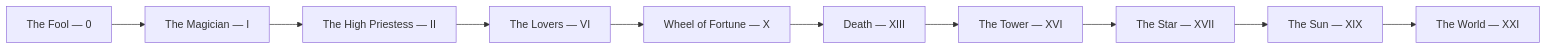
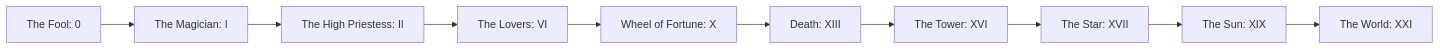
One commit to kennethreitz/kennethreitz.org changed the diagram in data/knowledge/tarot/major-arcana/index.md. Above: the diagram before and after it, drawn with Mermaid. The commit also changed other lines of this file and 879 other files, not shown here.

````diff
--- a/data/knowledge/tarot/major-arcana/index.md
+++ b/data/knowledge/tarot/major-arcana/index.md
@@ -39,12 +39,12 @@
 ```mermaid
 flowchart LR
-    F["The Fool — 0"] --> M["The Magician — I"]
-    M --> HP["The High Priestess — II"]
-    HP --> L["The Lovers — VI"]
-    L --> WF["Wheel of Fortune — X"]
-    WF --> D["Death — XIII"]
-    D --> T["The Tower — XVI"]
-    T --> St["The Star — XVII"]
-    St --> Su["The Sun — XIX"]
-    Su --> Wo["The World — XXI"]
+    F["The Fool: 0"] --> M["The Magician: I"]
+    M --> HP["The High Priestess: II"]
+    HP --> L["The Lovers: VI"]
+    L --> WF["Wheel of Fortune: X"]
+    WF --> D["Death: XIII"]
+    D --> T["The Tower: XVI"]
+    T --> St["The Star: XVII"]
+    St --> Su["The Sun: XIX"]
+    Su --> Wo["The World: XXI"]
 ```
````
